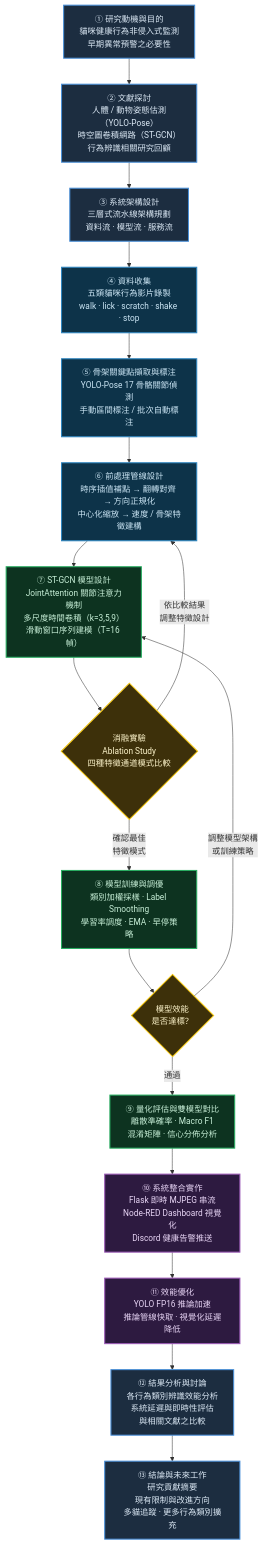
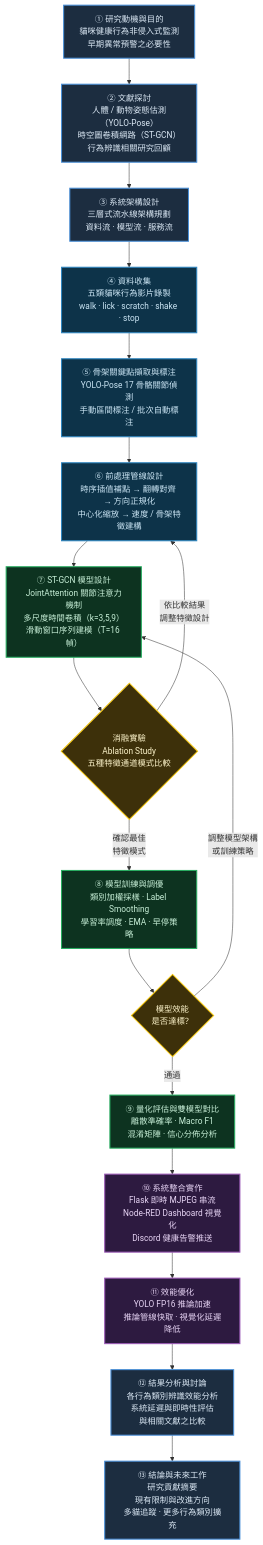
The diagram in paper/0_ARCHITECTURE_DESIGN.md (reqw123/ai_project), drawn with Mermaid before and after one commit. The commit also changed other lines of this file and 267 other files, not shown here.

````diff
--- a/paper/0_ARCHITECTURE_DESIGN.md
+++ b/paper/0_ARCHITECTURE_DESIGN.md
@@ -219,46 +220,46 @@
 ```mermaid
 flowchart TD
     classDef chapter  fill:#1c2d40,color:#dce9f5,stroke:#4a90d9,stroke-width:2px
     classDef data     fill:#0d3349,color:#cce6f5,stroke:#2e86c1,stroke-width:2px
     classDef model    fill:#0d3320,color:#c8f0d8,stroke:#27ae60,stroke-width:2px
     classDef system   fill:#2d1a40,color:#e8d5f5,stroke:#9b59b6,stroke-width:2px
     classDef decision fill:#3d300a,color:#fef5cc,stroke:#f1c40f,stroke-width:2px
 
     A["① 研究動機與目的<br/>貓咪健康行為非侵入式監測<br/>早期異常預警之必要性"]:::chapter
 
     B["② 文獻探討<br/>人體 / 動物姿態估測（YOLO-Pose）<br/>時空圖卷積網路（ST-GCN）<br/>行為辨識相關研究回顧"]:::chapter
 
     C["③ 系統架構設計<br/>三層式流水線架構規劃<br/>資料流 · 模型流 · 服務流"]:::chapter
 
     D["④ 資料收集<br/>五類貓咪行為影片錄製<br/>walk · lick · scratch · shake · stop"]:::data
 
     E["⑤ 骨架關鍵點擷取與標注<br/>YOLO-Pose 17 骨骼關節偵測<br/>手動區間標注 / 批次自動標注"]:::data
 
     F["⑥ 前處理管線設計<br/>時序插值補點 → 翻轉對齊 → 方向正規化<br/>中心化縮放 → 速度 / 骨架特徵建構"]:::data
 
     G["⑦ ST-GCN 模型設計<br/>JointAttention 關節注意力機制<br/>多尺度時間卷積（k=3,5,9）<br/>滑動窗口序列建模（T=16 幀）"]:::model
 
-    H{"消融實驗<br/>Ablation Study<br/>四種特徵通道模式比較"}:::decision
+    H{"消融實驗<br/>Ablation Study<br/>五種特徵通道模式比較"}:::decision
 
     I["⑧ 模型訓練與調優<br/>類別加權採樣 · Label Smoothing<br/>學習率調度 · EMA · 早停策略"]:::model
 
     J{"模型效能<br/>是否達標？"}:::decision
 
     K["⑨ 量化評估與雙模型對比<br/>離散準確率 · Macro F1<br/>混淆矩陣 · 信心分佈分析"]:::model
 
     L["⑩ 系統整合實作<br/>Flask 即時 MJPEG 串流<br/>Node-RED Dashboard 視覺化<br/>Discord 健康告警推送"]:::system
 
     M["⑪ 效能優化<br/>YOLO FP16 推論加速<br/>推論管線快取 · 視覺化延遲降低"]:::system
 
     N["⑫ 結果分析與討論<br/>各行為類別辨識效能分析<br/>系統延遲與即時性評估<br/>與相關文獻之比較"]:::chapter
 
     O["⑬ 結論與未來工作<br/>研究貢獻摘要<br/>現有限制與改進方向<br/>多貓追蹤 · 更多行為類別擴充"]:::chapter
 
     A --> B --> C --> D --> E --> F --> G --> H
     H -->|"依比較結果\n調整特徵設計"| F
     H -->|"確認最佳\n特徵模式"| I
     I --> J
     J -->|"調整模型架構\n或訓練策略"| G
     J -->|"通過"| K
     K --> L --> M --> N --> O
 ```
````
